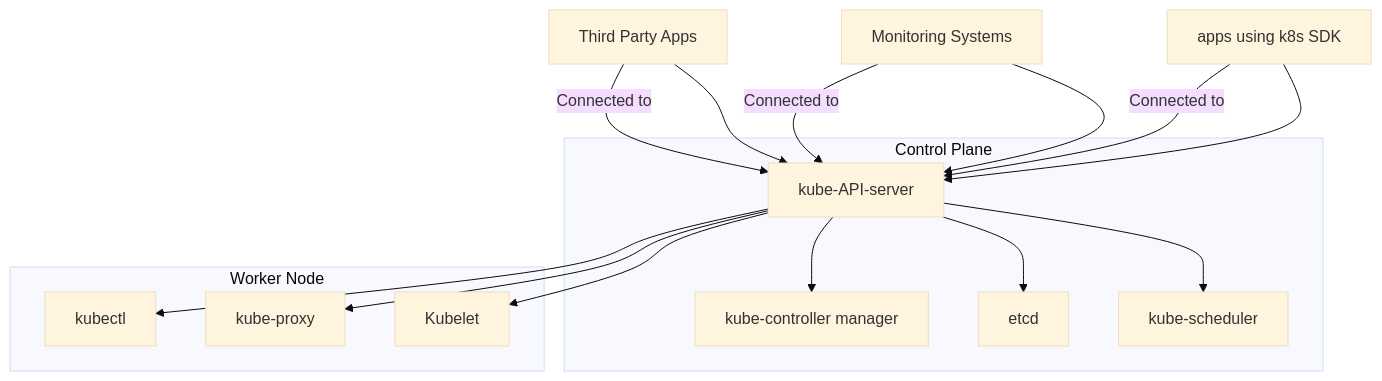
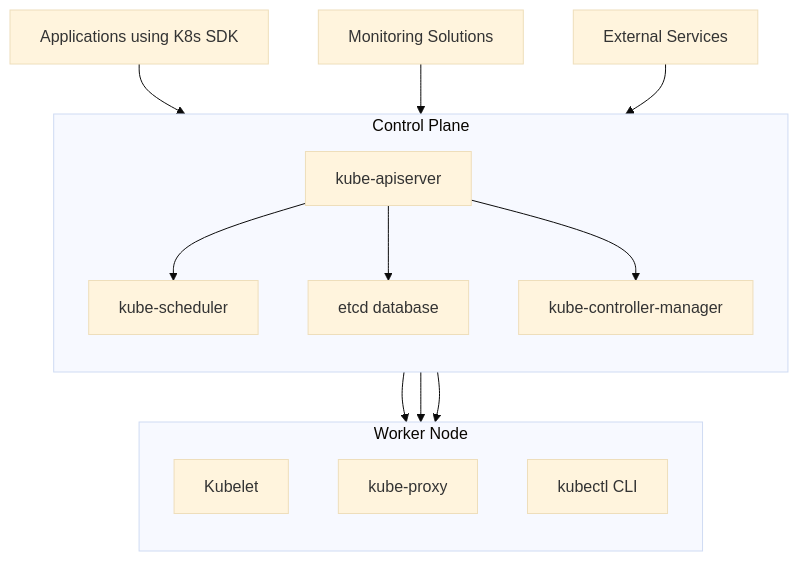
One commit to 007chiragshah/tucana changed the first of 2 diagrams in Architecture_Overview.md. Above: the diagram before and after it, drawn with Mermaid (base theme).

````diff
--- a/Architecture_Overview.md
+++ b/Architecture_Overview.md
@@ -20,31 +20,28 @@
   ```mermaid 
   graph TD
-    subgraph "Control Plane" 
-        A[kube-API-server]
+    subgraph "Control Plane"
+        direction TB
+        A[kube-apiserver]
         B[kube-scheduler]
-        D[etcd]
-        E[kube-controller manager]
+        C[etcd database]
+        D[kube-controller-manager]
     end
 
-    subgraph "Worker Node" 
-        F[Kubelet]
-        G[kube-proxy]
-        H[kubectl]
+    subgraph "Worker Node"
+        direction TB
+        E[Kubelet]
+        F[kube-proxy]
+        G[kubectl CLI]
     end
 
     A --> B
+    A --> C
     A --> D
     A --> E
     A --> F
     A --> G
-    A --> H
 
-    J[apps using k8s SDK] --> A
-    K[Monitoring Systems] --> A
-    L[Third Party Apps] --> A
-
-    %% Other Apps below both Control Plane and Worker Node
-    J -->|Connected to| A
-    K -->|Connected to| A
-    L -->|Connected to| A
+    H[Applications using K8s SDK] --> A
+    I[Monitoring Solutions] --> A
+    J[External Services] --> A
   ```
````
